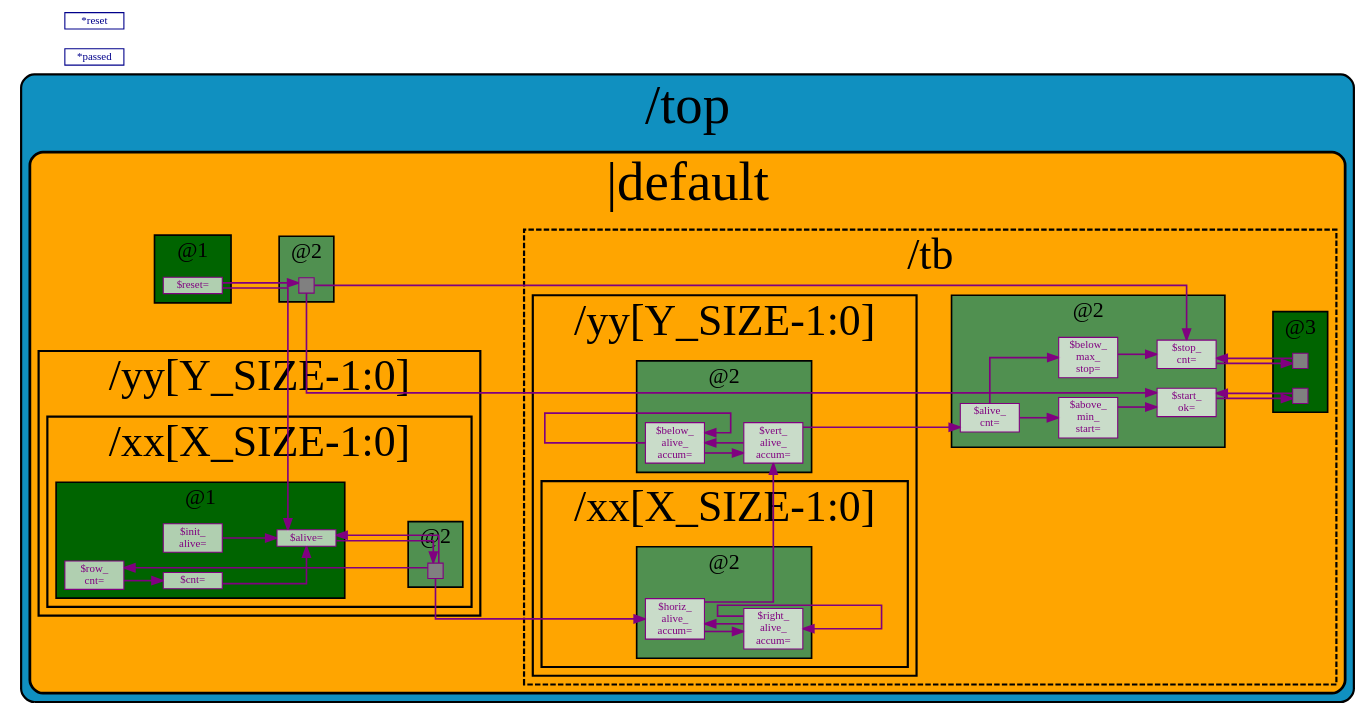
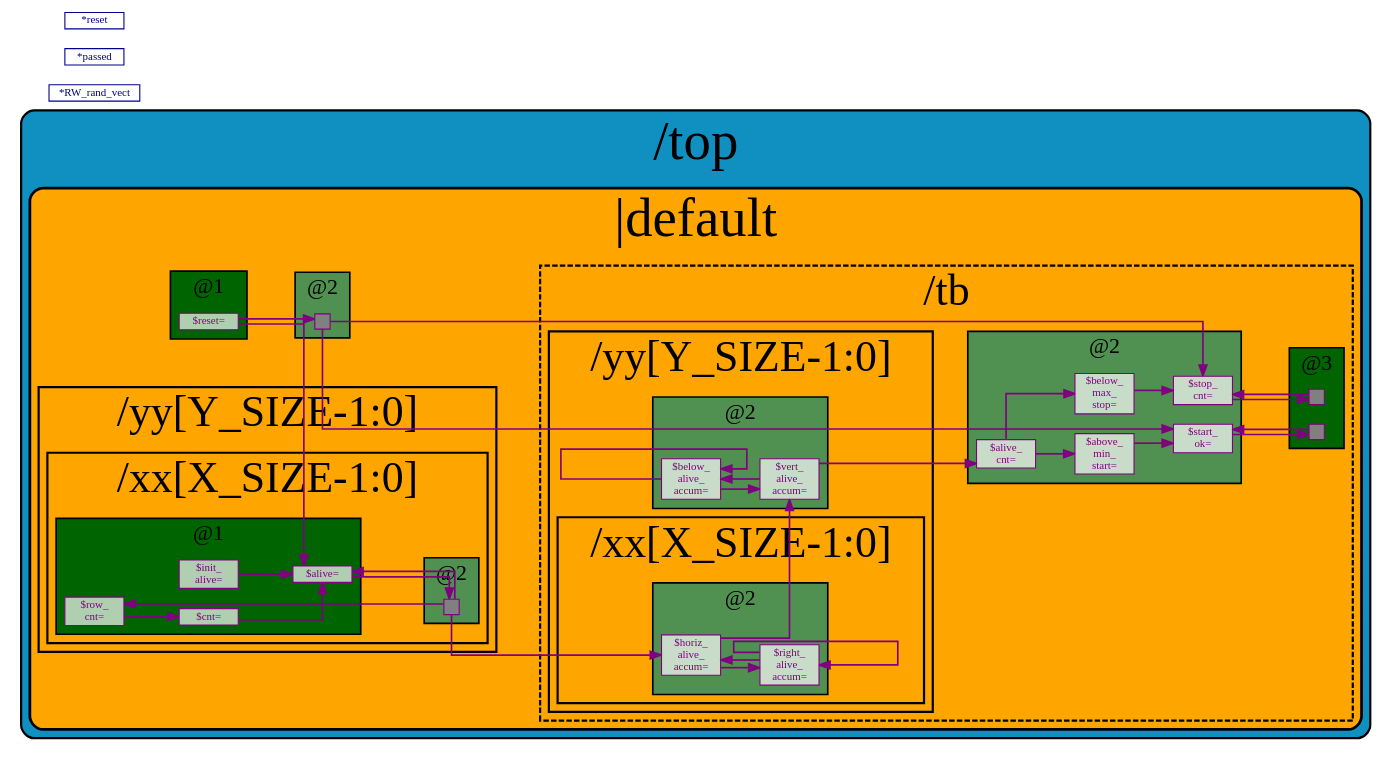
One commit to develone/sandpiper_test changed the diagram in game_life/top_trans.dot. Above: the diagram before and after it, drawn with Graphviz. The commit also changed 13 other files, not shown here.

First line of the commit message:
msg from Steve Hoover Steve Hoover @stevehoover Oct 12 19:14 I don't see any fatal error in your first link. You can avoid the logic error b$ uncommenting @develone Needed to uncomment m4_rand($init_alive, 0, 0, (yy * xx) ^ ((3 * xx) + yy)) in Makerchip.com and re$

```diff
--- a/game_life/top_trans.dot
+++ b/game_life/top_trans.dot
@@ -194,7 +194,7 @@
                            {2'b00, (/yy[(yy + 1) % Y_SIZE]/xx$row_cnt & {2{(yy < Y_SIZE-1)}})};"];
                }
                subgraph "cluster.stage1" {
-                  "|default/yy/xx$init_alive@1" [fillcolor = "#ffffffb0", shape = box, label = "$init_\n alive=", id = "id56{logical_entity=#Q#|default/yy/xx$init_alive#Q#}", tooltip = "$init_alive = 'x;"];
+                  "|default/yy/xx$init_alive@1" [fillcolor = "#ffffffb0", shape = box, label = "$init_\n alive=", id = "id56{logical_entity=#Q#|default/yy/xx$init_alive#Q#}", tooltip = "$init_alive[0:0] = *RW_rand_vect[(0 + ((yy * xx) ^ ((3 * xx) + yy))) % 257 +: 1];"];
                }
                subgraph "cluster.stage1" {
                   "|default/yy/xx$row_cnt@1" [fillcolor = "#ffffffb0", shape = box, label = "$row_\n cnt=", id = "id57{logical_entity=#Q#|default/yy/xx$row_cnt#Q#}", tooltip = "$row_cnt[1:0] = {1'b0, (/xx[(xx + X_SIZE-1) % X_SIZE]>>1$alive & (xx > 0))} +
@@ -233,6 +233,7 @@
       }
    }
 
+"*RW_rand_vect" [shape = box, color = "#00008b", fontcolor = "#00008b", fillcolor = white];
 "*passed" [shape = box, color = "#00008b", fontcolor = "#00008b", fillcolor = white];
 "*reset" [shape = box, color = "#00008b", fontcolor = "#00008b", fillcolor = white];
 
```
